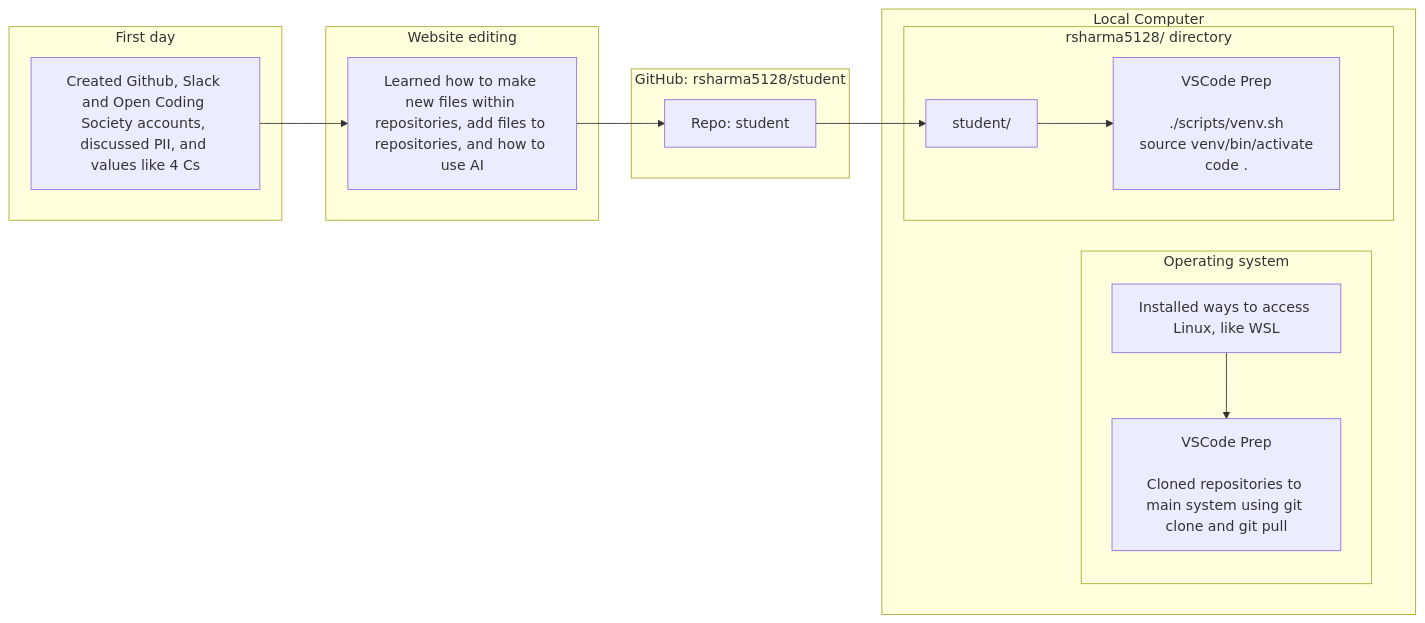
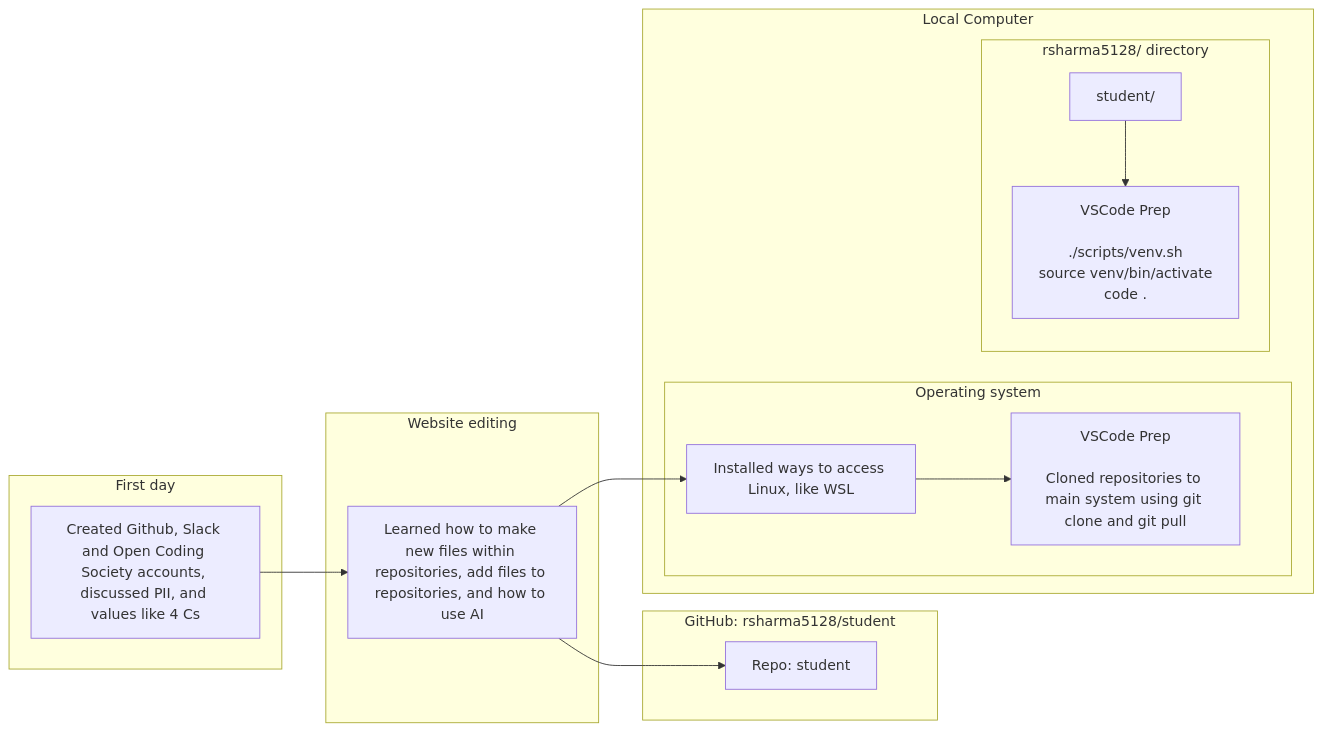
The second of 2 diagrams in navigation/journey.md (rsharma5128/student), drawn with Mermaid before and after one commit.

Commit message:
Fixing arrows

````diff
--- a/navigation/journey.md
+++ b/navigation/journey.md
@@ -59,39 +59,39 @@
 ```mermaid
 flowchart LR
     %% GitHub Sources
     subgraph GitHub_Pages[First day]
         A[Created Github, Slack and Open Coding Society accounts, discussed PII, and values like 4 Cs]:::repo
     end
 
     subgraph GitHub_Template[Website editing]
         T[Learned how to make new files within repositories, add files to repositories, and how to use AI]:::repo
     end
 
     subgraph GitHub_Student[GitHub: rsharma5128/student]
         B[Repo: student]:::repo
     end
 
     %% Operating system
     subgraph Local[Local Computer]
         subgraph opencs_dir[Operating system]
             C[Installed ways to access Linux, like WSL]:::local
             Ccmd[VSCode Prep<br/><br/>Cloned repositories to main system using git clone and git pull]:::cmd
         end
         subgraph user_dir[rsharma5128/ directory]
             D[student/]:::local
             Dcmd[VSCode Prep<br/><br/>./scripts/venv.sh<br/>source venv/bin/activate<br/>code .]:::cmd
         end
     end
 
     %% Arrows: cloning
     A --> T
-    B --> D
+    T --> C
 
     %% Arrows: template relationship
     T --> B
 
     %% Arrows: commands
     C --> Ccmd
     D --> Dcmd
 
 ```
````
